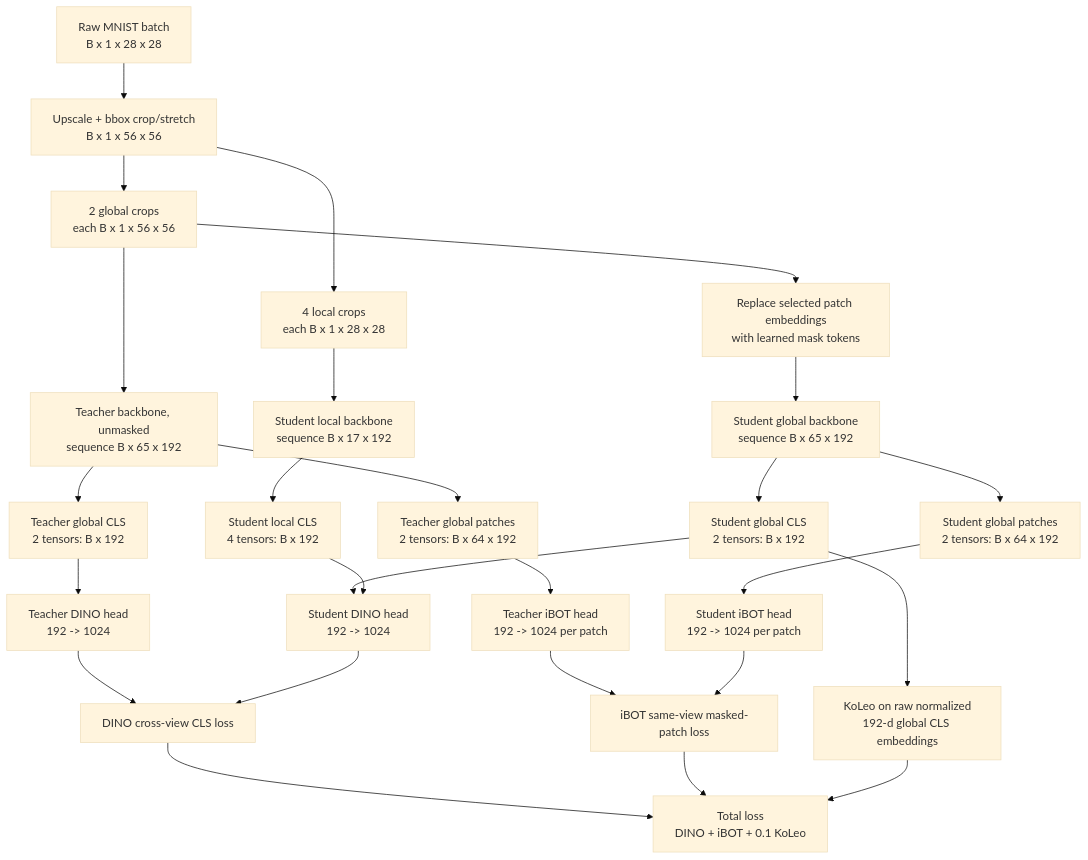
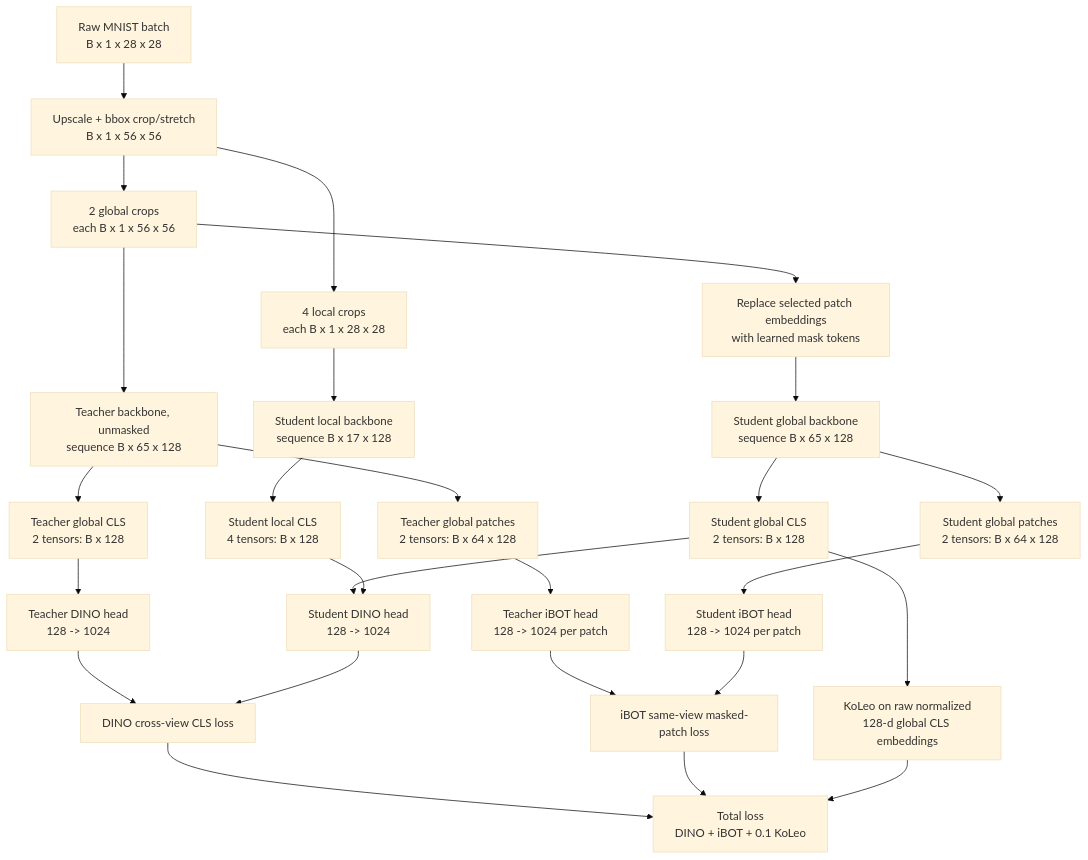
One commit to yashrahmed/VordMekh_project changed the diagram in minst-experiments/todo.md. Above: the diagram before and after it, drawn with Mermaid (base theme). The commit also changed other lines of this file and 5 other files, not shown here.

Commit message:
Resize DINO backbone for MNIST

````diff
--- a/minst-experiments/todo.md
+++ b/minst-experiments/todo.md
@@ -80,38 +80,38 @@
 ```mermaid
 flowchart TD
     A["Raw MNIST batch<br/>B x 1 x 28 x 28"]
     P["Upscale + bbox crop/stretch<br/>B x 1 x 56 x 56"]
     G["2 global crops<br/>each B x 1 x 56 x 56"]
     L["4 local crops<br/>each B x 1 x 28 x 28"]
 
     A --> P
     P --> G
     P --> L
 
-    G --> TG["Teacher backbone, unmasked<br/>sequence B x 65 x 192"]
+    G --> TG["Teacher backbone, unmasked<br/>sequence B x 65 x 128"]
     G --> M["Replace selected patch embeddings<br/>with learned mask tokens"]
-    M --> SG["Student global backbone<br/>sequence B x 65 x 192"]
-    L --> SL["Student local backbone<br/>sequence B x 17 x 192"]
+    M --> SG["Student global backbone<br/>sequence B x 65 x 128"]
+    L --> SL["Student local backbone<br/>sequence B x 17 x 128"]
 
-    TG --> TC["Teacher global CLS<br/>2 tensors: B x 192"]
-    TG --> TP["Teacher global patches<br/>2 tensors: B x 64 x 192"]
-    SG --> SGC["Student global CLS<br/>2 tensors: B x 192"]
-    SG --> SGP["Student global patches<br/>2 tensors: B x 64 x 192"]
-    SL --> SLC["Student local CLS<br/>4 tensors: B x 192"]
+    TG --> TC["Teacher global CLS<br/>2 tensors: B x 128"]
+    TG --> TP["Teacher global patches<br/>2 tensors: B x 64 x 128"]
+    SG --> SGC["Student global CLS<br/>2 tensors: B x 128"]
+    SG --> SGP["Student global patches<br/>2 tensors: B x 64 x 128"]
+    SL --> SLC["Student local CLS<br/>4 tensors: B x 128"]
 
-    TC --> TDH["Teacher DINO head<br/>192 -> 1024"]
-    SGC --> SDH["Student DINO head<br/>192 -> 1024"]
+    TC --> TDH["Teacher DINO head<br/>128 -> 1024"]
+    SGC --> SDH["Student DINO head<br/>128 -> 1024"]
     SLC --> SDH
-    TP --> TIH["Teacher iBOT head<br/>192 -> 1024 per patch"]
-    SGP --> SIH["Student iBOT head<br/>192 -> 1024 per patch"]
+    TP --> TIH["Teacher iBOT head<br/>128 -> 1024 per patch"]
+    SGP --> SIH["Student iBOT head<br/>128 -> 1024 per patch"]
 
     TDH --> DINO["DINO cross-view CLS loss"]
     SDH --> DINO
     TIH --> IBOT["iBOT same-view masked-patch loss"]
     SIH --> IBOT
-    SGC --> KOLEO["KoLeo on raw normalized<br/>192-d global CLS embeddings"]
+    SGC --> KOLEO["KoLeo on raw normalized<br/>128-d global CLS embeddings"]
 
     DINO --> TOTAL["Total loss<br/>DINO + iBOT + 0.1 KoLeo"]
     IBOT --> TOTAL
     KOLEO --> TOTAL
 ```
````
